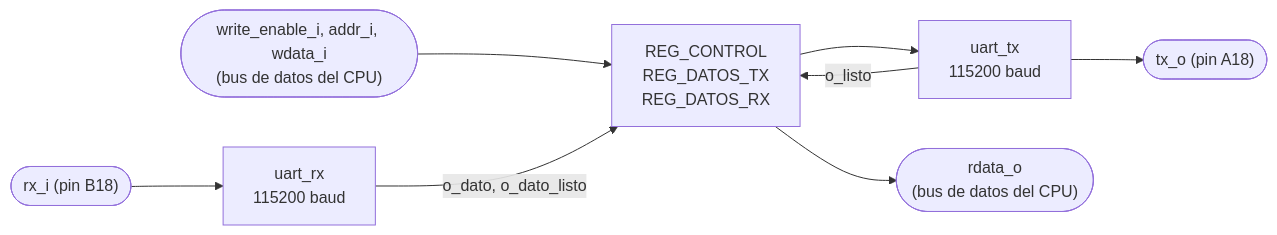
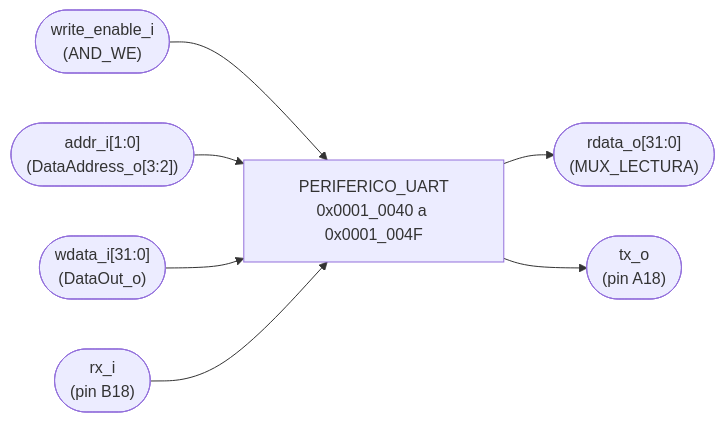
The first of 2 diagrams in docs/diseño/modulos/PERIFERICO_UART.md (Taller-de-diseno-digital-GR01/Proyecto-3-Batalla-Naval), drawn with Mermaid before and after one commit. The commit also changed other lines of this file, not shown here.

Commit message:
PERIFERICO_UART.md: el diagrama modular no salia del nivel 3 y la ventana muerta seguia con nombres del vhd

````diff
--- a/docs/diseño/modulos/PERIFERICO_UART.md
+++ b/docs/diseño/modulos/PERIFERICO_UART.md
@@ -9,10 +9,9 @@
 ```mermaid
 flowchart LR
-    IN_BUS(["write_enable_i, addr_i, wdata_i<br/>(bus de datos del CPU)"]) --> REGS["REG_CONTROL<br/>REG_DATOS_TX<br/>REG_DATOS_RX"]
-    REGS --> NUC_TX["uart_tx<br/>115200 baud"]
-    NUC_TX -->|o_listo| REGS
-    IN_RX(["rx_i (pin B18)"]) --> NUC_RX["uart_rx<br/>115200 baud"]
-    NUC_RX -->|"o_dato, o_dato_listo"| REGS
-    NUC_TX --> OUT_TX(["tx_o (pin A18)"])
-    REGS --> OUT_RD(["rdata_o<br/>(bus de datos del CPU)"])
+    IN_WE(["write_enable_i<br/>(AND_WE)"]) --> PUART["PERIFERICO_UART<br/>0x0001_0040 a 0x0001_004F"]
+    IN_ADDR(["addr_i[1:0]<br/>(DataAddress_o[3:2])"]) --> PUART
+    IN_WD(["wdata_i[31:0]<br/>(DataOut_o)"]) --> PUART
+    IN_RX(["rx_i<br/>(pin B18)"]) --> PUART
+    PUART --> OUT_RD(["rdata_o[31:0]<br/>(MUX_LECTURA)"])
+    PUART --> OUT_TX(["tx_o<br/>(pin A18)"])
 ```
````
